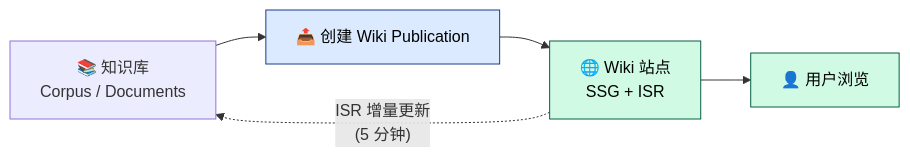
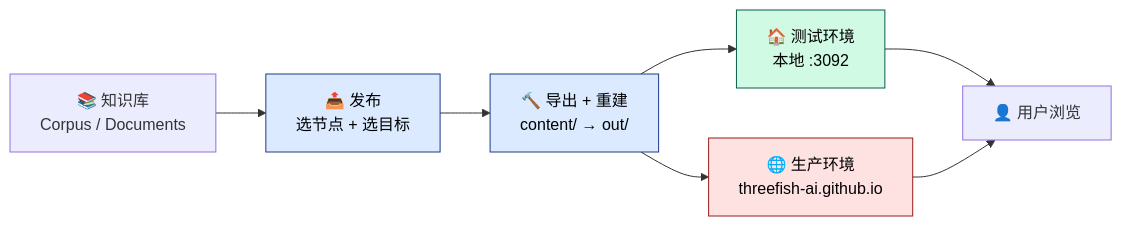
One commit to ThreeFish-AI/negentropy changed the diagram in docs/reference/wiki/user-guide/publishing.md. Above: the diagram before and after it, drawn with Mermaid. The commit also changed other lines of this file and 2 other files, not shown here.

First line of the commit message:
docs(Wiki): 双目标发布用户/部署文档 + CHANGELOG;

````diff
--- a/docs/reference/wiki/user-guide/publishing.md
+++ b/docs/reference/wiki/user-guide/publishing.md
@@ -17,14 +23,17 @@
 ```mermaid
 flowchart LR
-    KB["📚 知识库<br/>Corpus / Documents"] --> Publish["📤 创建 Wiki Publication"]
-    Publish --> Wiki["🌐 Wiki 站点<br/>SSG + ISR"]
-    Wiki --> User["👤 用户浏览"]
-
-    Wiki -.->|"ISR 增量更新<br/>(5 分钟)"| KB
+    KB["📚 知识库<br/>Corpus / Documents"] --> Publish["📤 发布<br/>选节点 + 选目标"]
+    Publish --> Build["🔨 导出 + 重建<br/>content/ → out/"]
+    Build --> Local["🏠 测试环境<br/>本地 :3092"]
+    Build --> Prod["🌐 生产环境<br/>threefish-ai.github.io"]
+    Local --> User["👤 用户浏览"]
+    Prod --> User
 
     classDef proc fill:#DBEAFE,stroke:#1E3A8A,color:#000
     classDef wiki fill:#D1FAE5,stroke:#065F46,color:#000
+    classDef prod fill:#FEE2E2,stroke:#991B1B,color:#000
 
-    class Publish proc
-    class Wiki,User wiki
+    class Publish,Build proc
+    class Local wiki
+    class Prod prod
 ```
````
